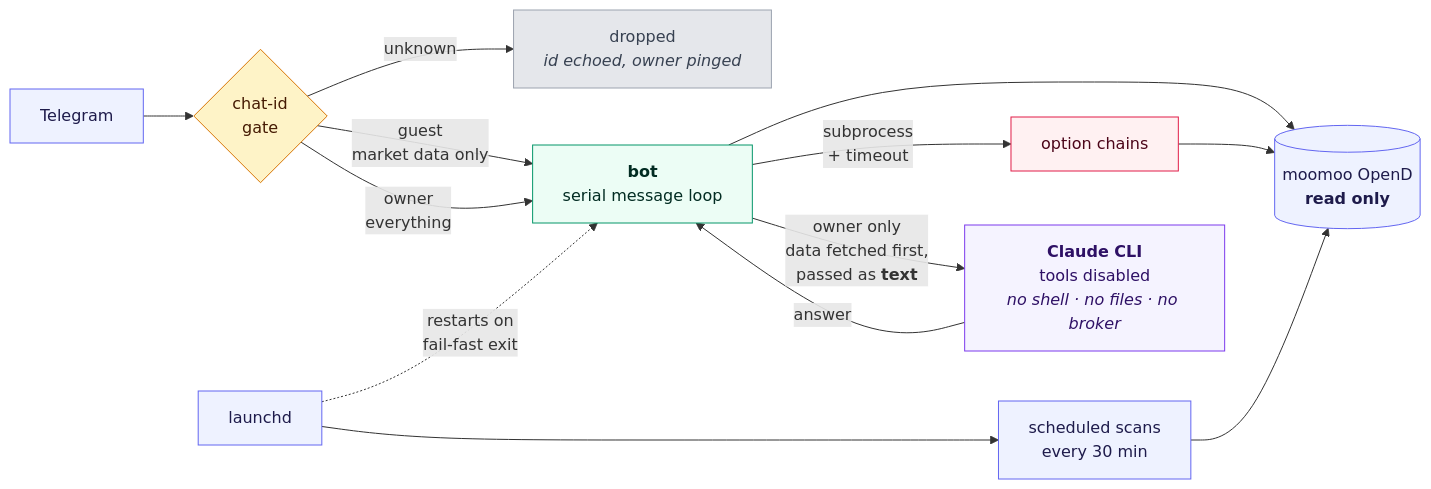
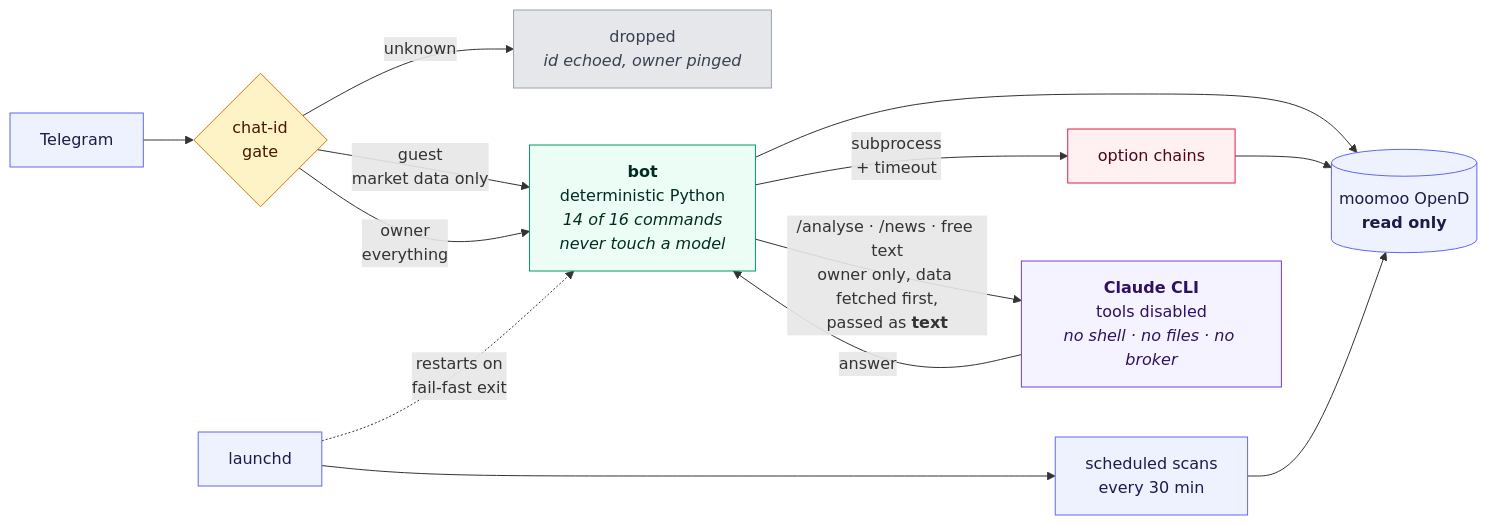
The diagram in README.md (derricktan91/moomoo-wheel-bot), drawn with Mermaid before and after one commit. The commit also changed other lines of this file, not shown here.

First line of the commit message:
README: make clear most of the bot is not AI

````diff
--- a/README.md
+++ b/README.md
@@ -174,31 +174,31 @@
 ```mermaid
 flowchart LR
     tg["Telegram"] --> gate{"chat-id<br/>gate"}
     gate -- "unknown" --> drop["dropped<br/><i>id echoed, owner pinged</i>"]
     gate -- "guest<br/>market data only" --> bot
-    gate -- "owner<br/>everything" --> bot["<b>bot</b><br/>serial message loop"]
+    gate -- "owner<br/>everything" --> bot["<b>bot</b><br/>deterministic Python<br/><i>14 of 16 commands<br/>never touch a model</i>"]
 
     bot -- "subprocess<br/>+ timeout" --> chains["option chains"]
     bot --> opend[("moomoo OpenD<br/><b>read only</b>")]
     chains --> opend
     scan["scheduled scans<br/>every 30 min"] --> opend
 
-    bot -- "owner only<br/>data fetched first,<br/>passed as <b>text</b>" --> claude["<b>Claude CLI</b><br/>tools disabled<br/><i>no shell · no files · no broker</i>"]
+    bot -- "/analyse · /news · free text<br/>owner only, data fetched first,<br/>passed as <b>text</b>" --> claude["<b>Claude CLI</b><br/>tools disabled<br/><i>no shell · no files · no broker</i>"]
     claude -- "answer" --> bot
 
     launchd["launchd"] -. "restarts on<br/>fail-fast exit" .-> bot
     launchd --> scan
 
     classDef ext fill:#eef2ff,stroke:#6366f1,color:#1e1b4b
     classDef gate fill:#fef3c7,stroke:#d97706,color:#451a03
     classDef core fill:#ecfdf5,stroke:#059669,color:#022c22
     classDef iso fill:#fff1f2,stroke:#e11d48,color:#4c0519
     classDef drop fill:#e5e7eb,stroke:#9ca3af,color:#374151
     classDef ai fill:#f5f3ff,stroke:#7c3aed,color:#2e1065
     class tg,opend,launchd,scan ext
     class gate gate
     class bot core
     class chains iso
     class drop drop
     class claude ai
 ```
````
